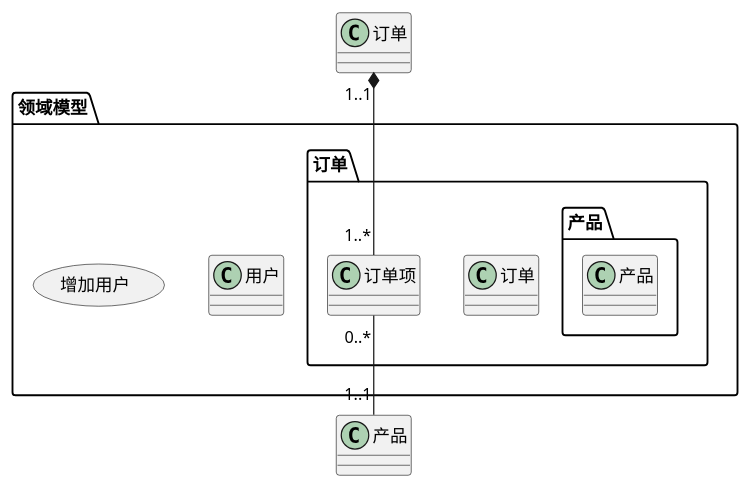
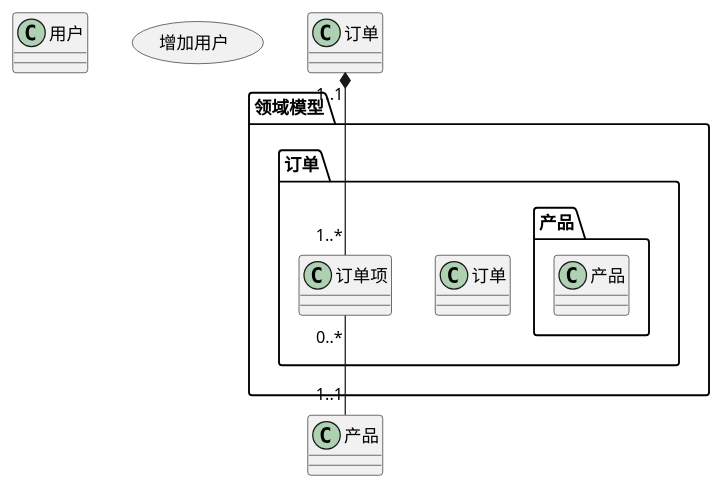
The diagram in doc/订单概览-当前态.puml (zhongjinggz/vp-cli), drawn with PlantUML before and after one commit. The commit also changed 10 other files, not shown here.

Commit message:
add plantuml alias to avoid duplicated names

```diff
--- a/doc/订单概览-当前态.puml
+++ b/doc/订单概览-当前态.puml
@@ -1,30 +1,31 @@
 @startuml
 allowmixing
 
 namespace 领域模型 {
     namespace 订单 {
         class 订单 {
         }
 
         class 订单项 {
         }
 
         namespace 产品  {
             class 产品 {
             }
 
         }
 
     }
 
-    class 用户 {
-    }
+}
 
-    usecase 增加用户
+class 用户 {
 }
+
+usecase 增加用户
 
 订单 "1..1" *-- "1..*" 订单项
 
 订单项 "0..*" -- "1..1" 产品
 
 @enduml
```
